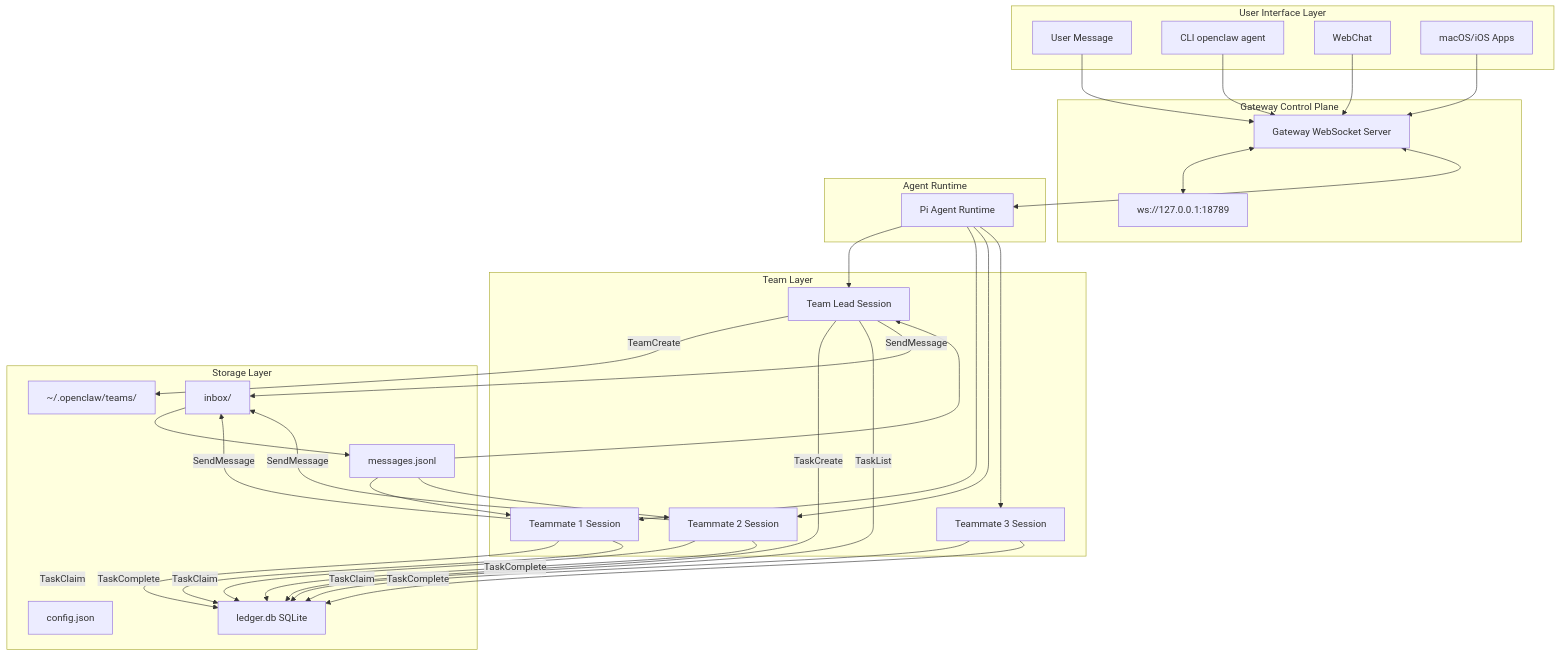
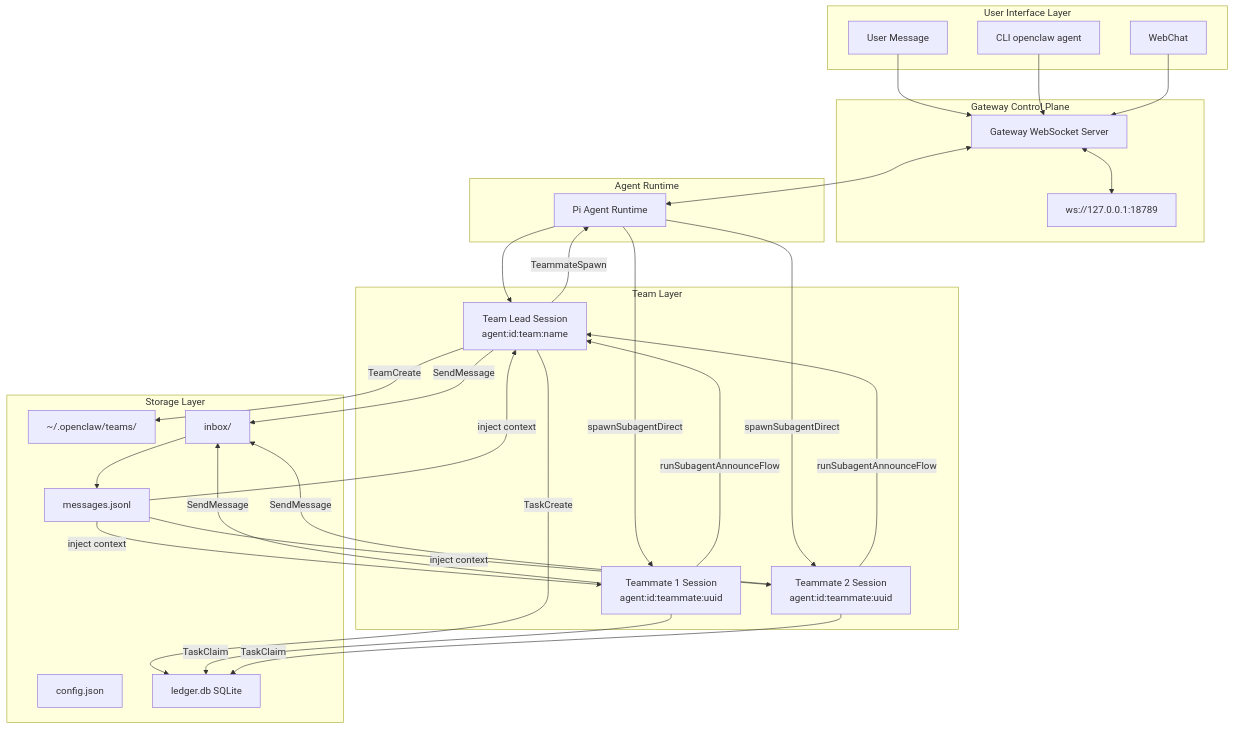
Before and after one commit to kbarbel640-del/openclaw: the diagram in docs/plans/2026-02-23-agent-teams-design/architecture.md, drawn with Mermaid. The commit also changed other lines of this file and 3 other files, not shown here.

First line of the commit message:
docs(agent-teams): use subagent-mailbox design

````diff
--- a/docs/plans/2026-02-23-agent-teams-design/architecture.md
+++ b/docs/plans/2026-02-23-agent-teams-design/architecture.md
@@ -5,67 +5,62 @@
 ```mermaid
 graph TB
     subgraph User Interface Layer
         UI[User Message]
         CLI[CLI openclaw agent]
         WEB[WebChat]
-        APP[macOS/iOS Apps]
     end
 
     subgraph Gateway Control Plane
         GW[Gateway WebSocket Server]
         WS[ws://127.0.0.1:18789]
     end
 
     subgraph Agent Runtime
         PI[Pi Agent Runtime]
     end
 
     subgraph Team Layer
-        TL[Team Lead Session]
-        TM1[Teammate 1 Session]
-        TM2[Teammate 2 Session]
-        TM3[Teammate 3 Session]
+        TL[Team Lead Session<br/>agent:id:team:name]
+        TM1[Teammate 1 Session<br/>agent:id:teammate:uuid]
+        TM2[Teammate 2 Session<br/>agent:id:teammate:uuid]
     end
 
     subgraph Storage Layer
         DIR[~/.openclaw/teams/]
         CFG[config.json]
         DB[ledger.db SQLite]
         INBOX[inbox/]
         MSGS[messages.jsonl]
     end
 
     UI --> GW
     CLI --> GW
     WEB --> GW
-    APP --> GW
 
     GW <--> WS
     GW <--> PI
 
     PI --> TL
-    PI --> TM1
-    PI --> TM2
-    PI --> TM3
+
+    TL -->|TeammateSpawn| PI
+    PI -->|spawnSubagentDirect| TM1
+    PI -->|spawnSubagentDirect| TM2
 
     TL -->|TeamCreate| DIR
     TL -->|TaskCreate| DB
-    TL -->|TaskList| DB
 
     TM1 -->|TaskClaim| DB
     TM2 -->|TaskClaim| DB
-    TM3 -->|TaskClaim| DB
 
-    TM1 -->|TaskComplete| DB
-    TM2 -->|TaskComplete| DB
-    TM3 -->|TaskComplete| DB
-
-    TL -->|SendMessage| INBOX
     TM1 -->|SendMessage| INBOX
     TM2 -->|SendMessage| INBOX
+    TL -->|SendMessage| INBOX
 
     INBOX --> MSGS
-    MSGS --> TM1
-    MSGS --> TM2
-    MSGS --> TL
+    MSGS -->|inject context| TM1
+    MSGS -->|inject context| TM2
+    MSGS -->|inject context| TL
+
+    TM1 -->|runSubagentAnnounceFlow| TL
+    TM2 -->|runSubagentAnnounceFlow| TL
 ```
````
